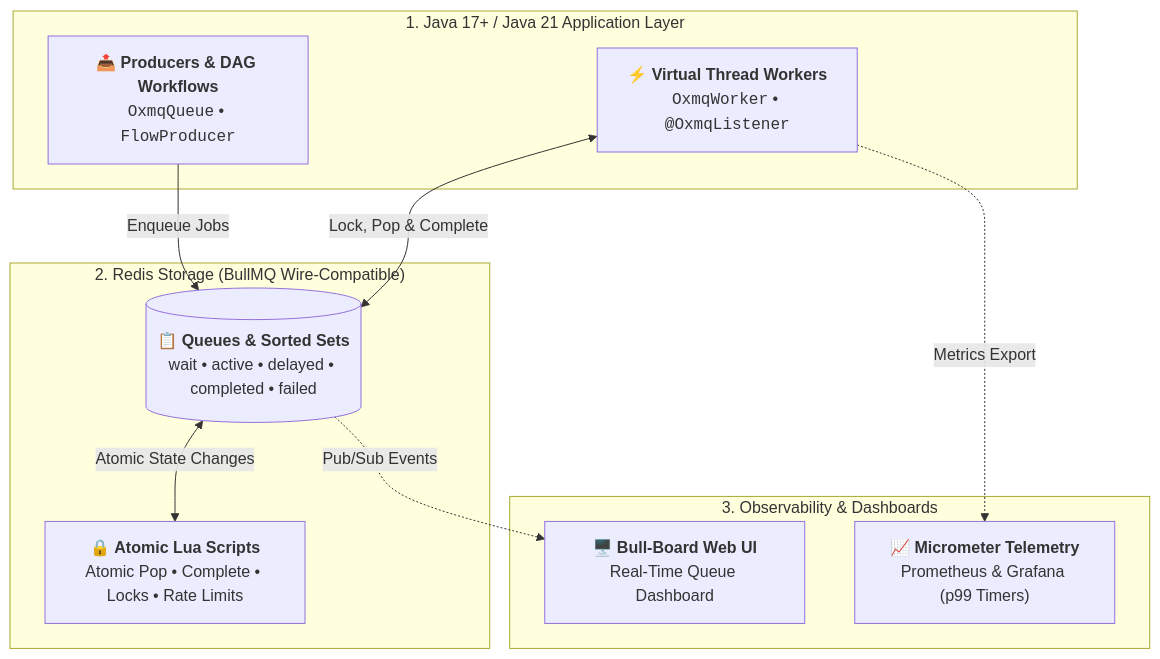
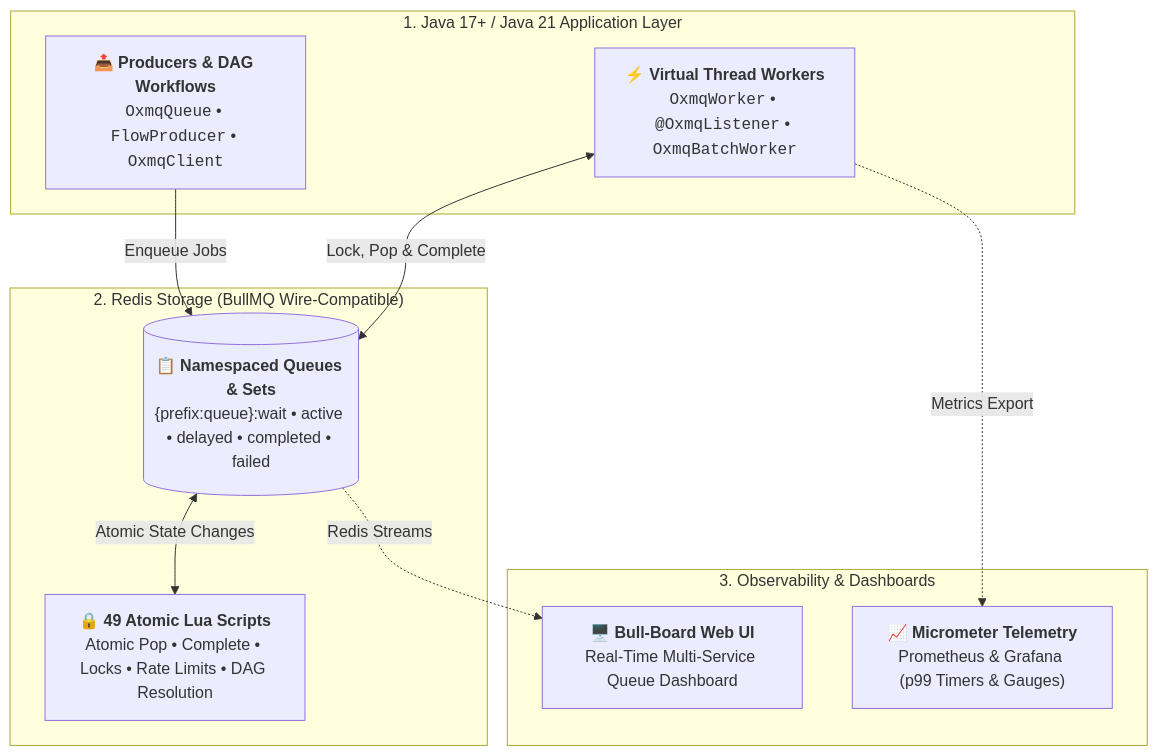
Before and after one commit to gaurav10610/oxmq: the diagram in README.md, drawn with Mermaid. The commit also changed other lines of this file and 56 other files, not shown here.

````diff
--- a/README.md
+++ b/README.md
@@ -86,23 +174,23 @@
 ```mermaid
 flowchart TD
     subgraph App["1. Java 17+ / Java 21 Application Layer"]
-        Producer["📤 <b>Producers &amp; DAG Workflows</b><br/><code>OxmqQueue</code> • <code>FlowProducer</code>"]
-        Worker["⚡ <b>Virtual Thread Workers</b><br/><code>OxmqWorker</code> • <code>@OxmqListener</code>"]
+        Producer["📤 <b>Producers &amp; DAG Workflows</b><br/><code>OxmqQueue</code> • <code>FlowProducer</code> • <code>OxmqClient</code>"]
+        Worker["⚡ <b>Virtual Thread Workers</b><br/><code>OxmqWorker</code> • <code>@OxmqListener</code> • <code>OxmqBatchWorker</code>"]
     end
 
     subgraph Redis["2. Redis Storage (BullMQ Wire-Compatible)"]
-        Queues[("📋 <b>Queues &amp; Sorted Sets</b><br/>wait • active • delayed • completed • failed")]
-        Lua["🔒 <b>Atomic Lua Scripts</b><br/>Atomic Pop • Complete • Locks • Rate Limits"]
+        Queues[("📋 <b>Namespaced Queues &amp; Sets</b><br/>{prefix:queue}:wait • active • delayed • completed • failed")]
+        Lua["🔒 <b>49 Atomic Lua Scripts</b><br/>Atomic Pop • Complete • Locks • Rate Limits • DAG Resolution"]
     end
 
     subgraph Monitoring["3. Observability &amp; Dashboards"]
-        BullBoard["🖥️ <b>Bull-Board Web UI</b><br/>Real-Time Queue Dashboard"]
-        Prometheus["📈 <b>Micrometer Telemetry</b><br/>Prometheus &amp; Grafana (p99 Timers)"]
+        BullBoard["🖥️ <b>Bull-Board Web UI</b><br/>Real-Time Multi-Service Queue Dashboard"]
+        Prometheus["📈 <b>Micrometer Telemetry</b><br/>Prometheus &amp; Grafana (p99 Timers &amp; Gauges)"]
     end
 
     Producer -->|Enqueue Jobs| Queues
     Worker <-->|Lock, Pop &amp; Complete| Queues
     Queues <-->|Atomic State Changes| Lua
-    Queues -.->|Pub/Sub Events| BullBoard
+    Queues -.->|Redis Streams| BullBoard
     Worker -.->|Metrics Export| Prometheus
 ```
````
